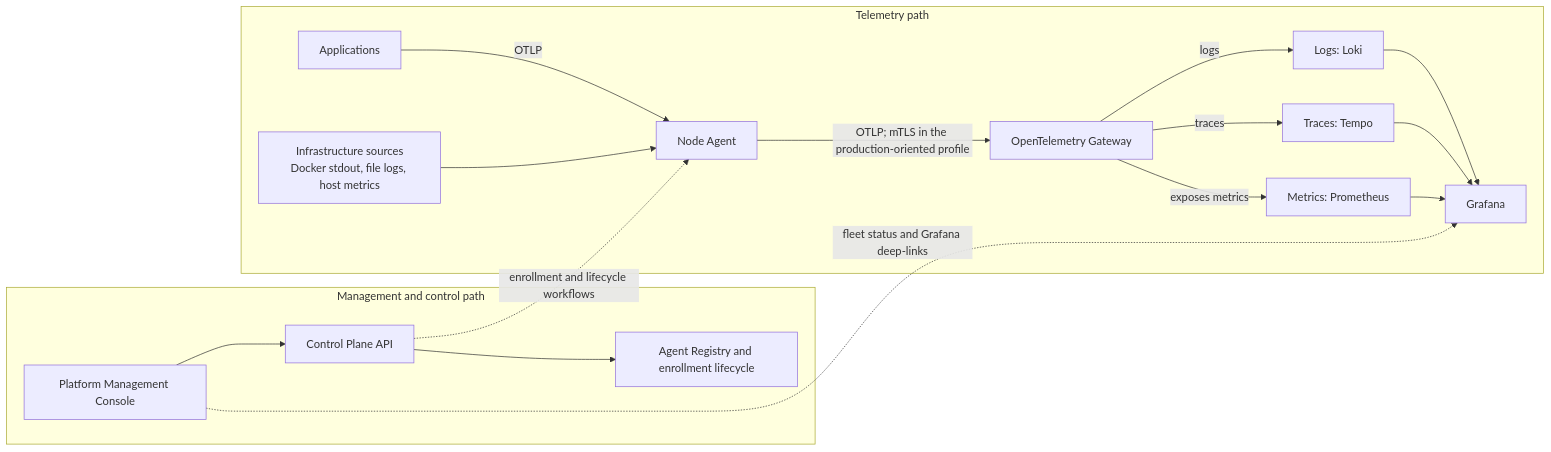
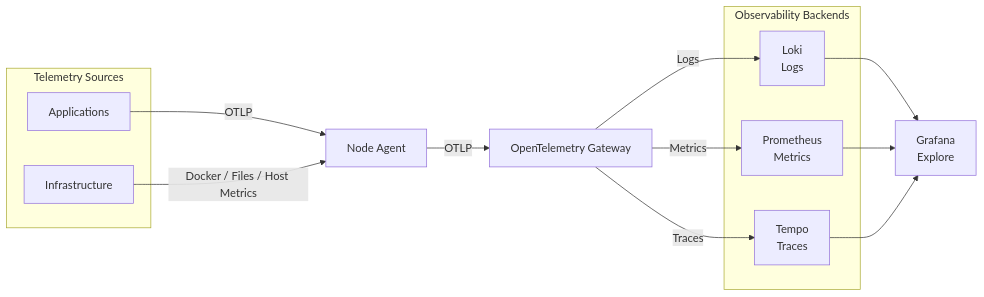
Before and after one commit to yashikagarg05/observability-platform: the diagram in README.md, drawn with Mermaid.

Commit message:
docs: refine architecture documentation

````diff
--- a/README.md
+++ b/README.md
@@ -46,21 +46,30 @@
 ```mermaid
 flowchart LR
-  subgraph telemetryPath["Telemetry path"]
-    Applications["Applications"] -->|"OTLP"| NodeAgent["Node Agent"]
-    Infrastructure["Infrastructure sources\nDocker stdout, file logs, host metrics"] --> NodeAgent
-    NodeAgent -->|"OTLP; mTLS in the production-oriented profile"| Gateway["OpenTelemetry Gateway"]
-    Gateway -->|"logs"| Loki["Logs: Loki"]
-    Gateway -->|"traces"| Tempo["Traces: Tempo"]
-    Gateway -->|"exposes metrics"| Prometheus["Metrics: Prometheus"]
-    Loki --> Grafana["Grafana"]
-    Tempo --> Grafana
-    Prometheus --> Grafana
-  end
+    subgraph Sources["Telemetry Sources"]
+        APP["Applications"]
+        INFRA["Infrastructure"]
+    end
 
-  subgraph managementPath["Management and control path"]
-    Console["Platform Management Console"] --> ControlPlane["Control Plane API"]
-    ControlPlane --> Registry["Agent Registry and enrollment lifecycle"]
-    ControlPlane -.->|"enrollment and lifecycle workflows"| NodeAgent
-    Console -.->|"fleet status and Grafana deep-links"| Grafana
-  end
+    AGENT["Node Agent"]
+    GATEWAY["OpenTelemetry Gateway"]
+
+    subgraph Storage["Observability Backends"]
+        LOKI["Loki<br/>Logs"]
+        PROM["Prometheus<br/>Metrics"]
+        TEMPO["Tempo<br/>Traces"]
+    end
+
+    GRAFANA["Grafana<br/>Explore"]
+
+    APP -->|OTLP| AGENT
+    INFRA -->|Docker / Files / Host Metrics| AGENT
+    AGENT -->|OTLP| GATEWAY
+
+    GATEWAY -->|Logs| LOKI
+    GATEWAY -->|Metrics| PROM
+    GATEWAY -->|Traces| TEMPO
+
+    LOKI --> GRAFANA
+    PROM --> GRAFANA
+    TEMPO --> GRAFANA
 ```
````
